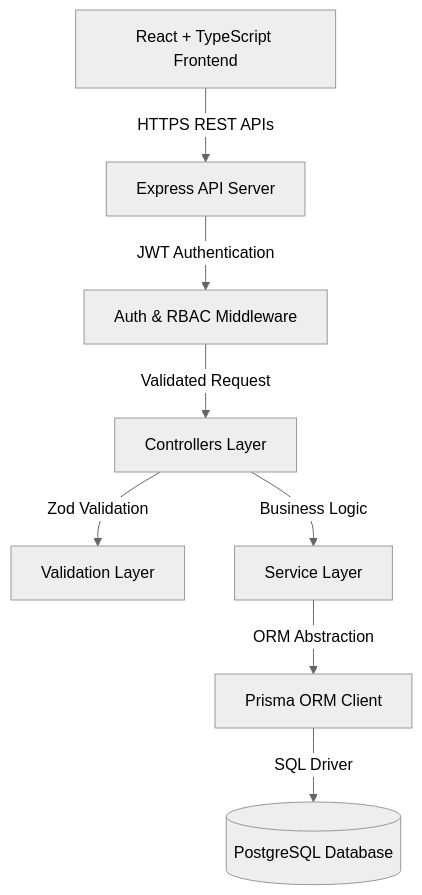
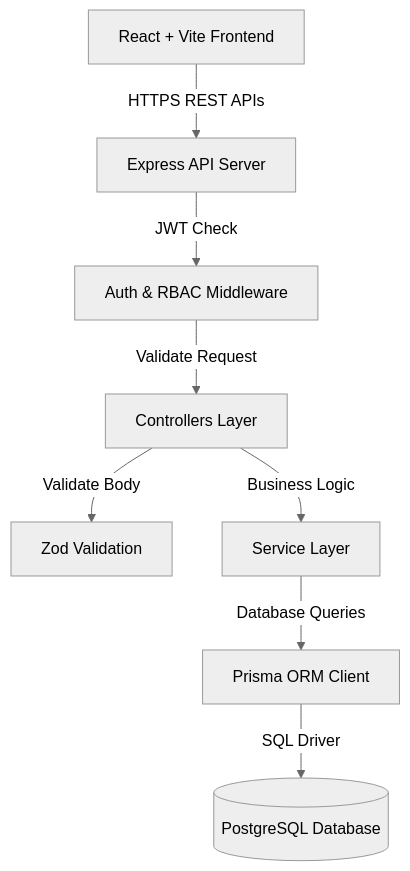
The first of 3 diagrams in docs/ARCHITECTURE.md (ManishPatidar806/Enterprise-Mini-ERP-CRM-Operations-Portal), drawn with Mermaid (neutral theme) before and after one commit. The commit also changed other lines of this file and 4 other files, not shown here.

````diff
--- a/docs/ARCHITECTURE.md
+++ b/docs/ARCHITECTURE.md
@@ -7,10 +11,10 @@
 ```mermaid
 graph TD
-    Client[React + TypeScript Frontend] -->|HTTPS REST APIs| API[Express API Server]
-    API -->|JWT Authentication| AuthMiddleware[Auth & RBAC Middleware]
-    AuthMiddleware -->|Validated Request| Controllers[Controllers Layer]
-    Controllers -->|Zod Validation| ValidationLayer[Validation Layer]
+    Client[React + Vite Frontend] -->|HTTPS REST APIs| API[Express API Server]
+    API -->|JWT Check| AuthMiddleware[Auth & RBAC Middleware]
+    AuthMiddleware -->|Validate Request| Controllers[Controllers Layer]
+    Controllers -->|Validate Body| ValidationLayer[Zod Validation]
     Controllers -->|Business Logic| Services[Service Layer]
-    Services -->|ORM Abstraction| Prisma[Prisma ORM Client]
+    Services -->|Database Queries| Prisma[Prisma ORM Client]
     Prisma -->|SQL Driver| Database[(PostgreSQL Database)]
 ```
````
